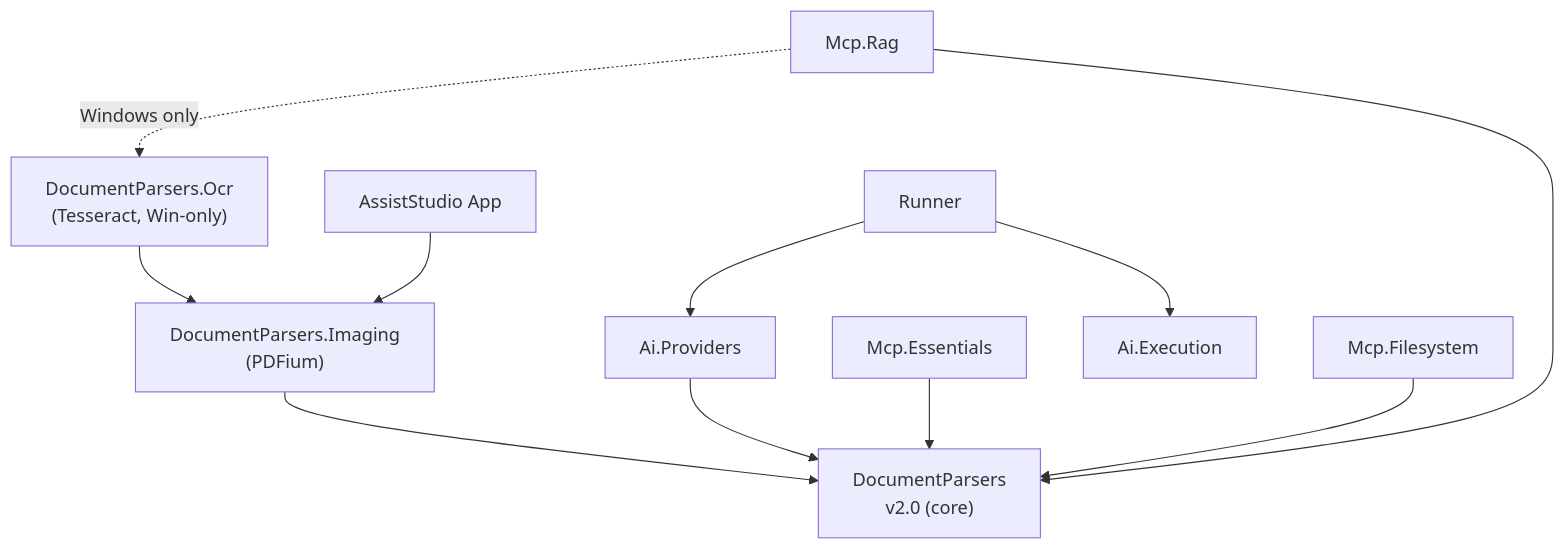
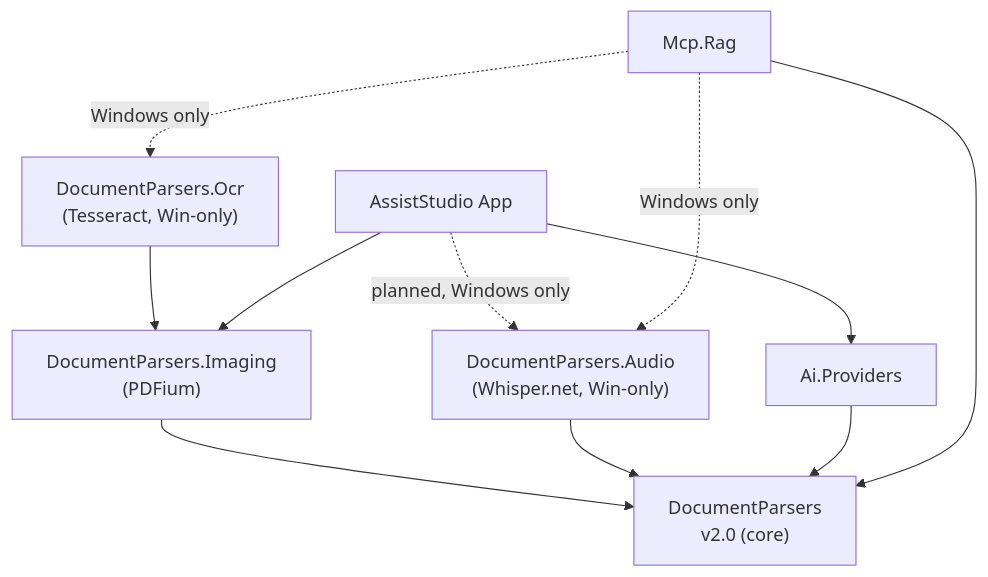
One commit to fieldcure/fieldcure-assiststudio changed the second of 3 diagrams in docs/dependencies.md. Above: the diagram before and after it, drawn with Mermaid. The commit also changed other lines of this file and 4 other files, not shown here.

First line of the commit message:
docs: refresh architecture diagram and dependency graph

````diff
--- a/docs/dependencies.md
+++ b/docs/dependencies.md
@@ -23,28 +30,25 @@
 ```mermaid
 graph TD
     App["AssistStudio App"]
-    Runner["Runner"]
-    Ess["Mcp.Essentials"]
     Rag["Mcp.Rag"]
-    FS["Mcp.Filesystem"]
 
     Prov["Ai.Providers"]
-    Exec["Ai.Execution"]
 
     DP["DocumentParsers<br/>v2.0 (core)"]
     DPImg["DocumentParsers.Imaging<br/>(PDFium)"]
     DPOcr["DocumentParsers.Ocr<br/>(Tesseract, Win-only)"]
+    DPAudio["DocumentParsers.Audio<br/>(Whisper.net, Win-only)"]
 
-    DPOcr --> DPImg --> DP
+    DPImg --> DP
+    DPOcr --> DPImg
+    DPAudio --> DP
 
+    App --> Prov
     App --> DPImg
+    App -. "planned, Windows only" .-> DPAudio
     Prov --> DP
 
-    Runner --> Exec
-    Runner --> Prov
-
-    Ess --> DP
-    FS --> DP
     Rag --> DP
     Rag -. "Windows only" .-> DPOcr
+    Rag -. "Windows only" .-> DPAudio
 ```
````
